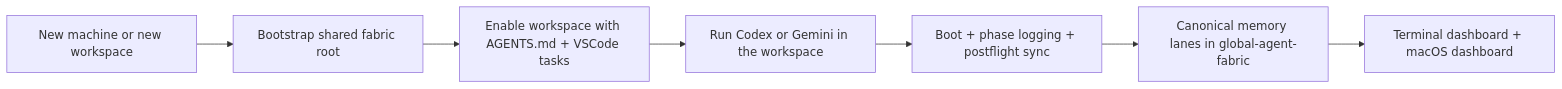
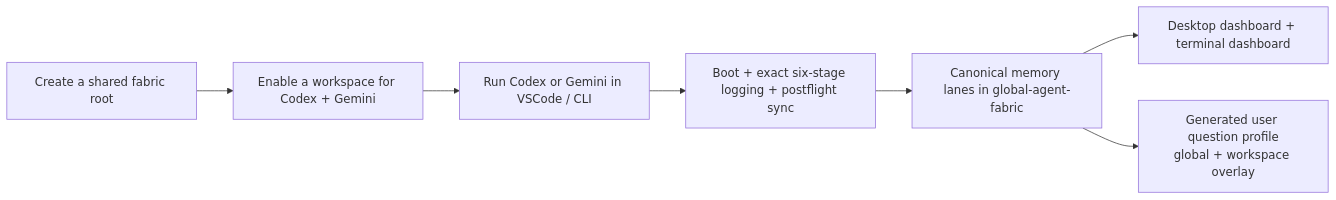
Before and after one commit to Fly-Carrot/antigravity-codex-deployment: the diagram in README.md, drawn with Mermaid. The commit also changed other lines of this file and 28 other files, not shown here.

````diff
--- a/README.md
+++ b/README.md
@@ -29,9 +28,9 @@
 ```mermaid
 flowchart LR
-    A["New machine or new workspace"] --> B["Bootstrap shared fabric root"]
-    B --> C["Enable workspace with AGENTS.md + VSCode tasks"]
-    C --> D["Run Codex or Gemini in the workspace"]
-    D --> E["Boot + phase logging + postflight sync"]
-    E --> F["Canonical memory lanes in global-agent-fabric"]
-    F --> G["Terminal dashboard + macOS dashboard"]
+    A["Create a shared fabric root"] --> B["Enable a workspace for Codex + Gemini"]
+    B --> C["Run Codex or Gemini in VSCode / CLI"]
+    C --> D["Boot + exact six-stage logging + postflight sync"]
+    D --> E["Canonical memory lanes in global-agent-fabric"]
+    E --> F["Desktop dashboard + terminal dashboard"]
+    E --> G["Generated user question profile<br/>global + workspace overlay"]
 ```
````
